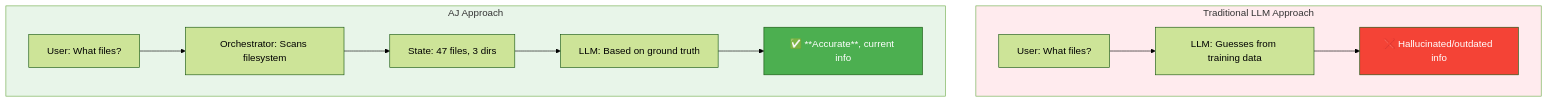
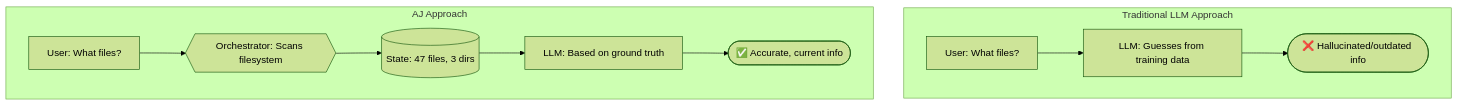
Before and after one commit to ianwesterfield/aj.westerfield.cloud: the third of 11 diagrams in README.md, drawn with Mermaid (forest theme). The commit also changed other lines of this file and 48 other files, not shown here.

````diff
--- a/README.md
+++ b/README.md
@@ -133,23 +167,18 @@
 ```mermaid
 graph TB
     subgraph traditional ["Traditional LLM Approach"]
         A1["User: What files?"]
         B1["LLM: Guesses from training data"]
-        C1["❌ Hallucinated/outdated info"]
+        C1(["❌ Hallucinated/outdated info"])
         A1 --> B1 --> C1
     end
 
     subgraph aj ["AJ Approach"]
         A2["User: What files?"]
-        B2["Orchestrator: Scans filesystem"]
-        C2["State: 47 files, 3 dirs"]
+        B2{{"Orchestrator: Scans filesystem"}}
+        C2[("State: 47 files, 3 dirs")]
         D2["LLM: Based on ground truth"]
-        E2["✅ **Accurate**, current info"]
+        E2(["✅ Accurate, current info"])
         A2 --> B2 --> C2 --> D2 --> E2
     end
-
-    style traditional fill:#ffebee
-    style aj fill:#e8f5e9
-    style C1 fill:#f44336,color:#fff
-    style E2 fill:#4caf50,color:#fff
 ```
````
